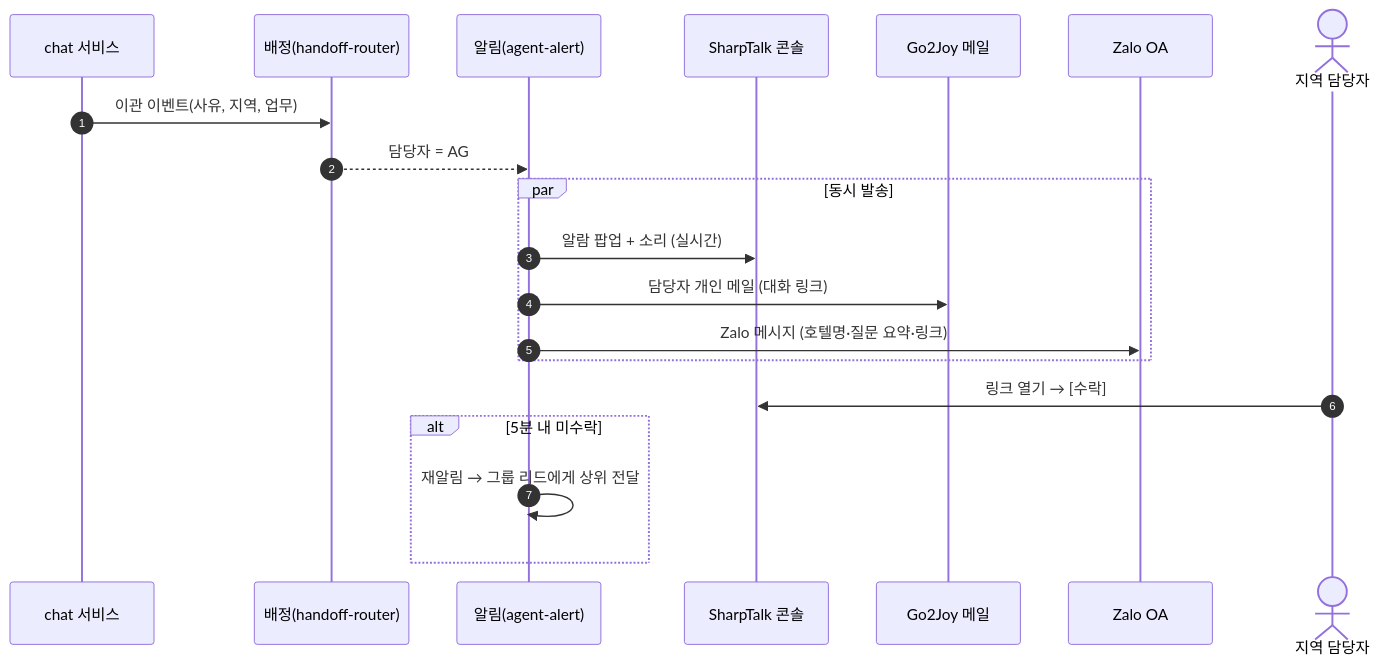
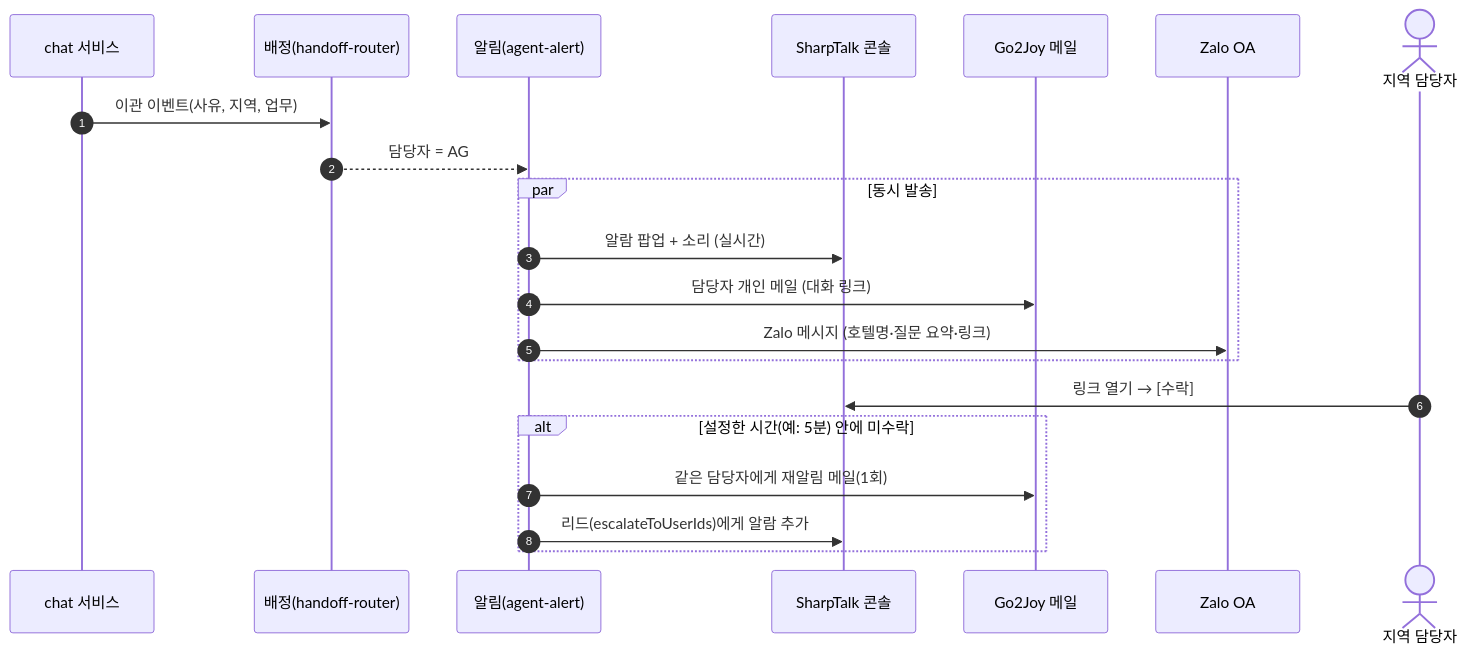
One commit to amoeba-group/btbz-sharp-talk changed the tenth of 15 diagrams in docs/plan/PLN-261015-SharpTalk-for-Go2Joy-Project-Plan.md. Above: the diagram before and after it, drawn with Mermaid. The commit also changed other lines of this file and 4 other files, not shown here.

````diff
--- a/docs/plan/PLN-261015-SharpTalk-for-Go2Joy-Project-Plan.md
+++ b/docs/plan/PLN-261015-SharpTalk-for-Go2Joy-Project-Plan.md
@@ -443,22 +455,23 @@
 ```mermaid
 sequenceDiagram
   autonumber
   participant C as chat 서비스
   participant H as 배정(handoff-router)
   participant A as 알림(agent-alert)
   participant CON as SharpTalk 콘솔
   participant E as Go2Joy 메일
   participant Z as Zalo OA
   actor AG as 지역 담당자
   C->>H: 이관 이벤트(사유, 지역, 업무)
   H-->>A: 담당자 = AG
   par 동시 발송
     A->>CON: 알람 팝업 + 소리 (실시간)
     A->>E: 담당자 개인 메일 (대화 링크)
     A->>Z: Zalo 메시지 (호텔명·질문 요약·링크)
   end
   AG->>CON: 링크 열기 → [수락]
-  alt 5분 내 미수락
-    A->>A: 재알림 → 그룹 리드에게 상위 전달
+  alt 설정한 시간(예: 5분) 안에 미수락
+    A->>E: 같은 담당자에게 재알림 메일(1회)
+    A->>CON: 리드(escalateToUserIds)에게 알람 추가
   end
 ```
````
